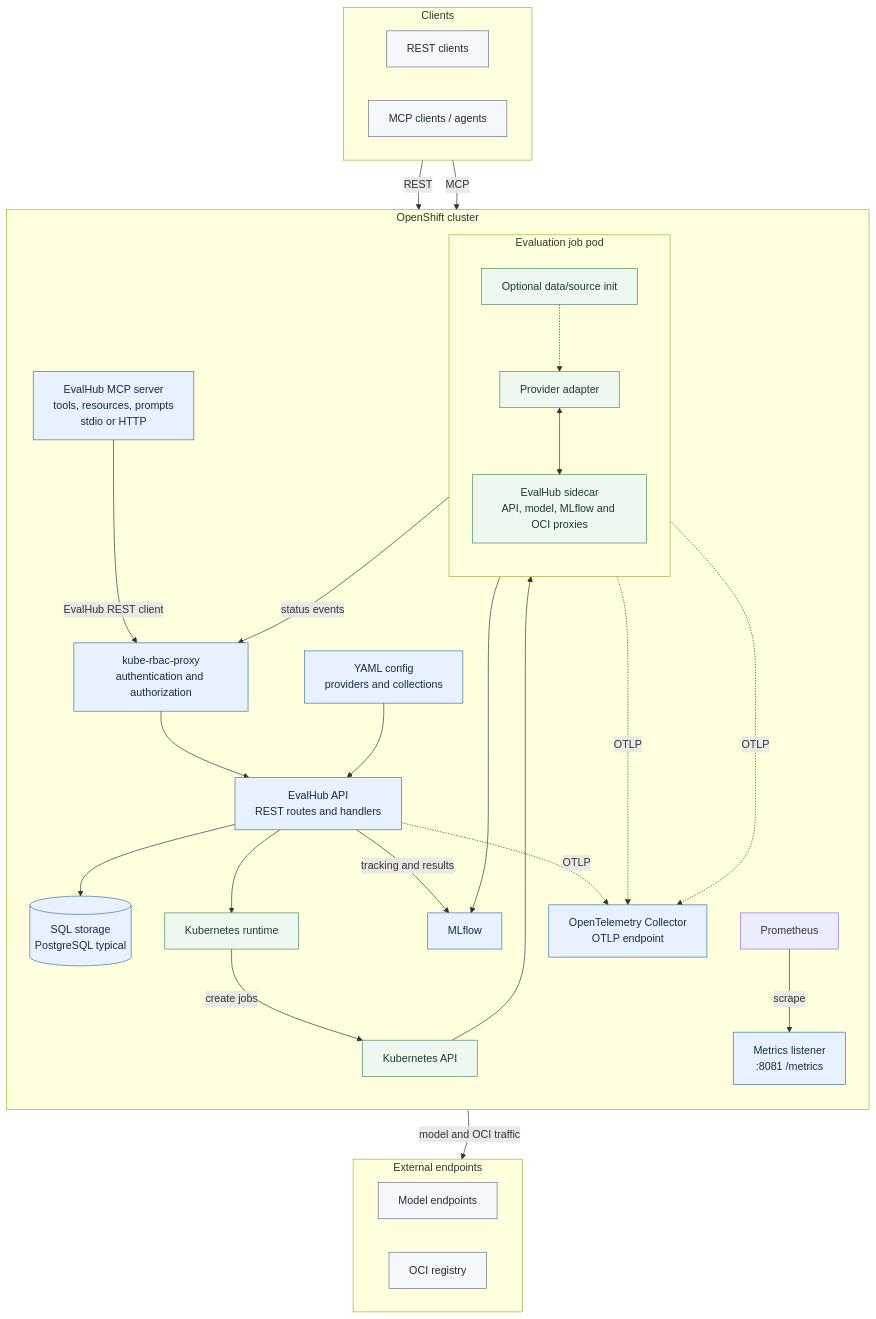
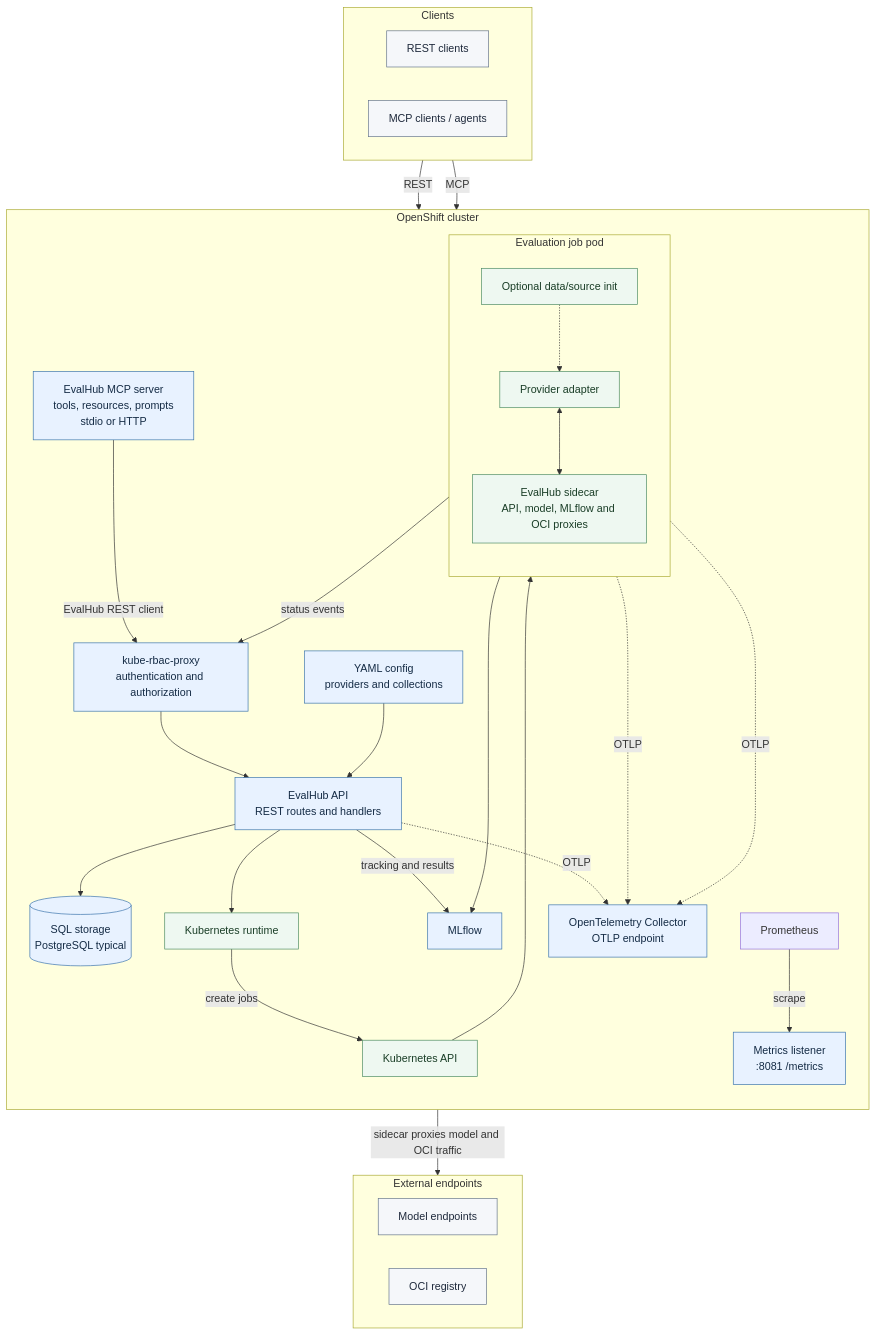
One commit to eval-hub/eval-hub changed the first of 2 diagrams in README.md. Above: the diagram before and after it, drawn with Mermaid.

Commit message:
docs: make external endpoints visible
Connect the OpenShift cluster boundary to the external endpoints group for a clear bottom placement.

````diff
--- a/README.md
+++ b/README.md
@@ -21,65 +21,62 @@
 ```mermaid
 flowchart TB
     subgraph clients[Clients]
         direction LR
         rest[REST clients]
         agents[MCP clients / agents]
     end
 
     subgraph openshift[OpenShift cluster]
         direction TB
         proxy[kube-rbac-proxy<br/>authentication and authorization]
         api[EvalHub API<br/>REST routes and handlers]
         mcp[EvalHub MCP server<br/>tools, resources, prompts<br/>stdio or HTTP]
         mlflow[MLflow]
         otelCollector[OpenTelemetry Collector<br/>OTLP endpoint]
         database[(SQL storage<br/>PostgreSQL typical)]
         config[YAML config<br/>providers and collections]
         metrics[Metrics listener<br/>:8081 /metrics]
         prometheus[Prometheus]
         runtime[Kubernetes runtime]
         kubeapi[Kubernetes API]
         subgraph job[Evaluation job pod]
             direction TB
             init[Optional data/source init]
             adapter[Provider adapter]
             sidecar[EvalHub sidecar<br/>API, model, MLflow and OCI proxies]
             init -.-> adapter
             adapter <--> sidecar
         end
     end
 
     subgraph externalEndpoints[External endpoints]
         direction LR
         model[Model endpoints]
         registry[OCI registry]
     end
 
-    %% Keep the external endpoints group after the cluster in the top-down layout.
-    openshift ~~~ externalEndpoints
-
     rest -->|REST| proxy
     proxy --> api
     agents -->|MCP| mcp
     mcp -->|EvalHub REST client| proxy
     api --> database
     config --> api
     api --> runtime
     runtime -->|create jobs| kubeapi
     kubeapi --> job
     sidecar -->|status events| proxy
-    sidecar -->|model and OCI traffic| externalEndpoints
     sidecar --> mlflow
     api -->|tracking and results| mlflow
+    openshift -->|sidecar proxies model and OCI traffic| externalEndpoints
     prometheus -->|scrape| metrics
     api -. OTLP .-> otelCollector
     adapter -. OTLP .-> otelCollector
     sidecar -. OTLP .-> otelCollector
 
     classDef external fill:#f5f7fa,stroke:#64748b,color:#1e293b
     classDef service fill:#e8f2ff,stroke:#3973ac,color:#142b45
     classDef runtimeNode fill:#eef8f1,stroke:#4b8b62,color:#193d26
     class rest,agents,model,registry external
     class proxy,api,mcp,mlflow,otelCollector,database,config,metrics service
     class runtime,kubeapi,init,adapter,sidecar runtimeNode
 ```
````
